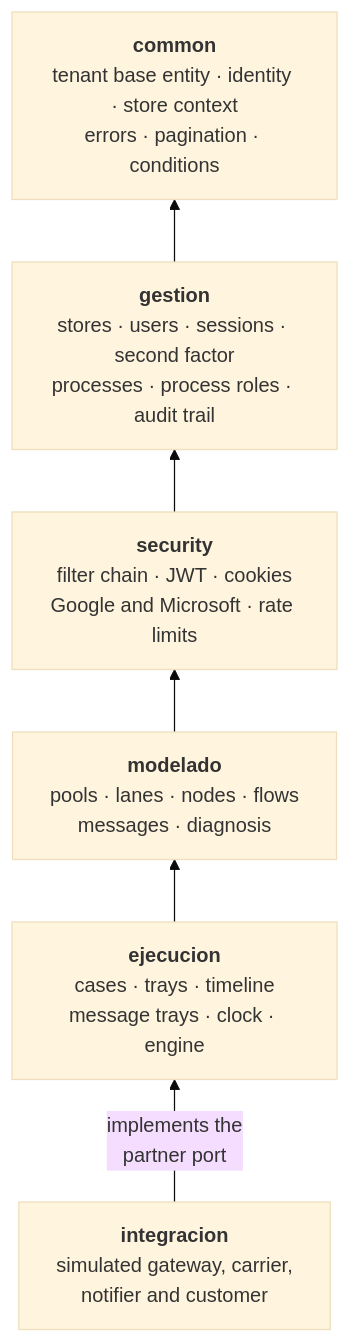
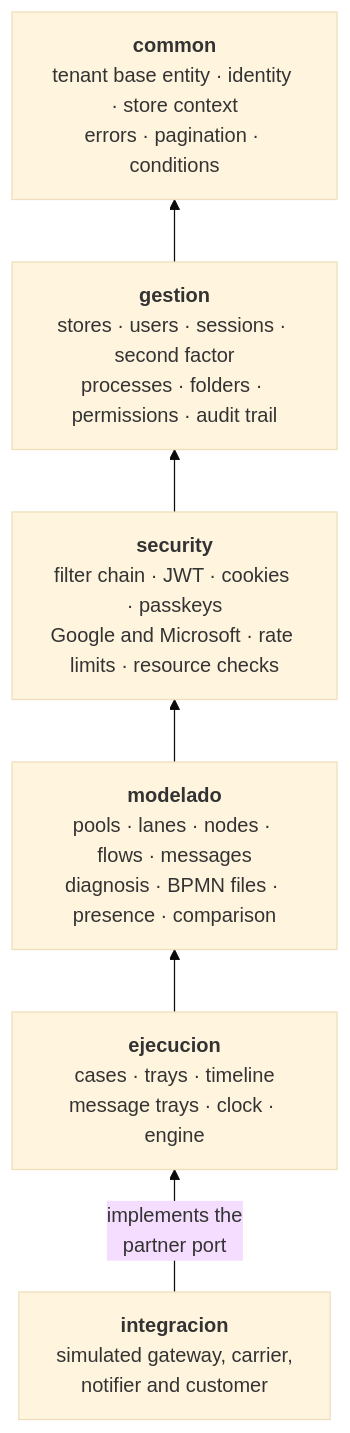
One commit to AndresContreras1/bpmn-process-manager-api changed the third of 3 diagrams in README.md. Above: the diagram before and after it, drawn with Mermaid (base theme). The commit also changed other lines of this file and 1 other file, not shown here.

First line of the commit message:
docs: the README up to BPMN files, the modeler, the repository and permissions

````diff
--- a/README.md
+++ b/README.md
@@ -90,15 +99,15 @@
 ```mermaid
 flowchart BT
     common["<b>common</b><br/>tenant base entity · identity · store context<br/>errors · pagination · conditions"]
-    gestion["<b>gestion</b><br/>stores · users · sessions · second factor<br/>processes · process roles · audit trail"]
-    security["<b>security</b><br/>filter chain · JWT · cookies<br/>Google and Microsoft · rate limits"]
-    modelado["<b>modelado</b><br/>pools · lanes · nodes · flows<br/>messages · diagnosis"]
+    gestion["<b>gestion</b><br/>stores · users · sessions · second factor<br/>processes · folders · permissions · audit trail"]
+    security["<b>security</b><br/>filter chain · JWT · cookies · passkeys<br/>Google and Microsoft · rate limits · resource checks"]
+    modelado["<b>modelado</b><br/>pools · lanes · nodes · flows · messages<br/>diagnosis · BPMN files · presence · comparison"]
     ejecucion["<b>ejecucion</b><br/>cases · trays · timeline<br/>message trays · clock · engine"]
     integracion["<b>integracion</b><br/>simulated gateway, carrier,<br/>notifier and customer"]
 
     gestion --> common
     security --> gestion
     modelado --> security
     ejecucion --> modelado
     integracion -- "implements the<br/>partner port" --> ejecucion
 ```
````
